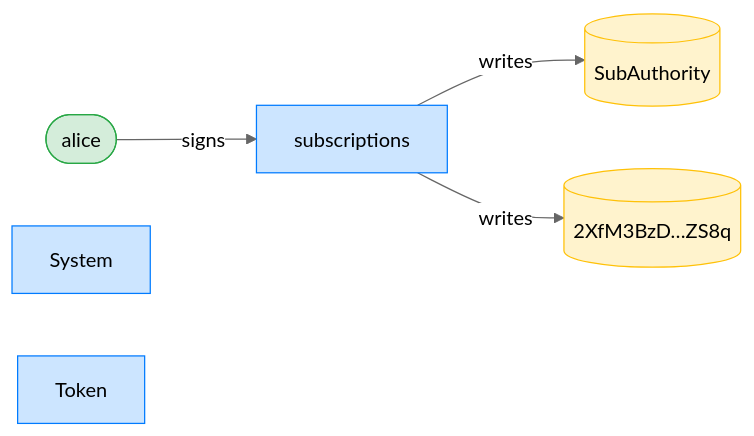
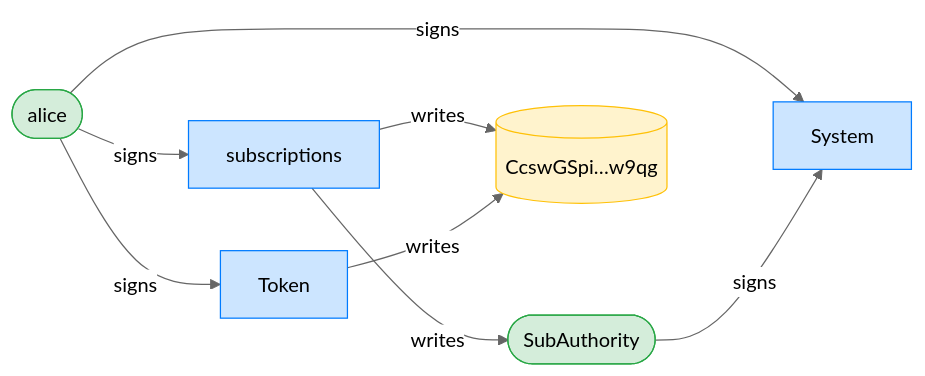
The third of 20 diagrams in dsl_tests/a-sponsor-can-revoke-a-cancelled--expired-subscription.md (cds-rs/subscriptions), drawn with Mermaid (neutral theme) before and after one commit. The commit also changed other lines of this file and 224 other files, not shown here.

````diff
--- a/dsl_tests/a-sponsor-can-revoke-a-cancelled--expired-subscription.md
+++ b/dsl_tests/a-sponsor-can-revoke-a-cancelled--expired-subscription.md
@@ -55,15 +56,19 @@
 ```mermaid
 flowchart LR
     classDef signer fill:#d4edda,stroke:#28a745;
     classDef program fill:#cce5ff,stroke:#007bff;
     classDef writable fill:#fff3cd,stroke:#ffc107;
     subscriptions[subscriptions]:::program
     alice([alice]):::signer
-    SubAuthority[(SubAuthority)]:::writable
-    2XfM3BzD_ZS8q[("2XfM3BzD…ZS8q")]:::writable
+    SubAuthority([SubAuthority]):::signer
+    CcswGSpi_w9qg[("CcswGSpi…w9qg")]:::writable
     System[System]:::program
     Token[Token]:::program
     alice -->|signs| subscriptions
+    alice -->|signs| System
+    SubAuthority -->|signs| System
+    alice -->|signs| Token
     subscriptions -->|writes| SubAuthority
-    subscriptions -->|writes| 2XfM3BzD_ZS8q
+    subscriptions -->|writes| CcswGSpi_w9qg
+    Token -->|writes| CcswGSpi_w9qg
 ```
````
